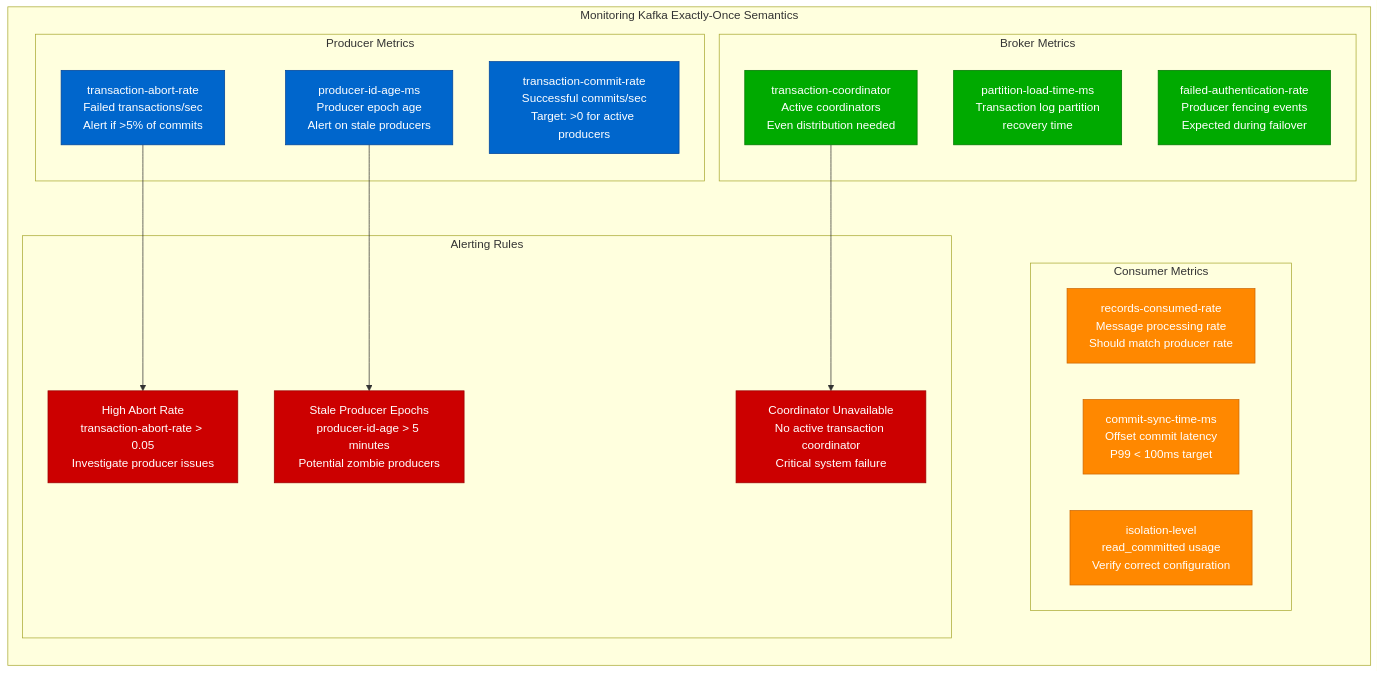
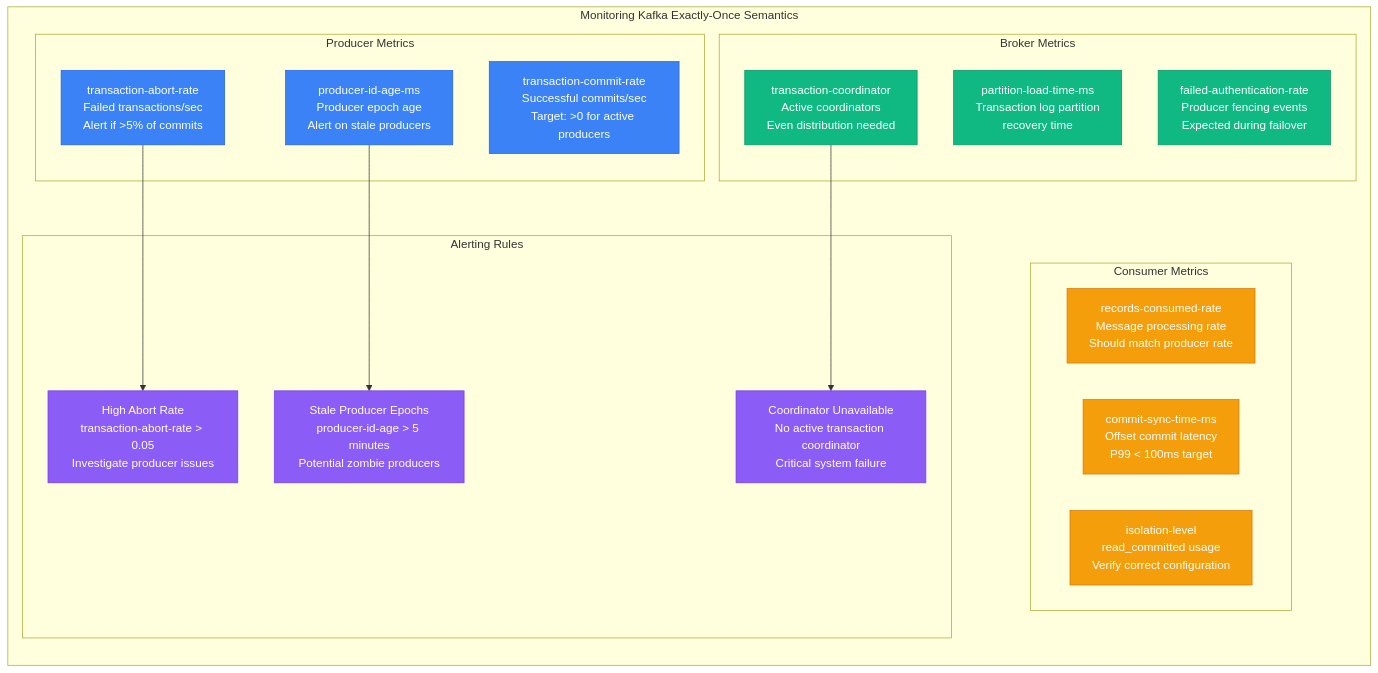
The tenth of 10 diagrams in site/docs/guarantees/exactly-once/exactly-once-kafka.md (deepaucksharma/DS), drawn with Mermaid before and after one commit. The commit also changed other lines of this file and 303 other files, not shown here.

````diff
--- a/site/docs/guarantees/exactly-once/exactly-once-kafka.md
+++ b/site/docs/guarantees/exactly-once/exactly-once-kafka.md
@@ -514,42 +514,42 @@
 ```mermaid
 graph LR
     subgraph MonitoringEOS[Monitoring Kafka Exactly-Once Semantics]
         subgraph ProducerMetrics[Producer Metrics]
             PM1[transaction-commit-rate<br/>Successful commits/sec<br/>Target: >0 for active producers]
             PM2[transaction-abort-rate<br/>Failed transactions/sec<br/>Alert if >5% of commits]
             PM3[producer-id-age-ms<br/>Producer epoch age<br/>Alert on stale producers]
         end
 
         subgraph BrokerMetrics[Broker Metrics]
             BM1[transaction-coordinator<br/>Active coordinators<br/>Even distribution needed]
             BM2[partition-load-time-ms<br/>Transaction log partition<br/>recovery time]
             BM3[failed-authentication-rate<br/>Producer fencing events<br/>Expected during failover]
         end
 
         subgraph ConsumerMetrics[Consumer Metrics]
             CM1[records-consumed-rate<br/>Message processing rate<br/>Should match producer rate]
             CM2[commit-sync-time-ms<br/>Offset commit latency<br/>P99 < 100ms target]
             CM3[isolation-level<br/>read_committed usage<br/>Verify correct configuration]
         end
 
         subgraph AlertingRules[Alerting Rules]
             AR1[High Abort Rate<br/>transaction-abort-rate > 0.05<br/>Investigate producer issues]
             AR2[Coordinator Unavailable<br/>No active transaction coordinator<br/>Critical system failure]
             AR3[Stale Producer Epochs<br/>producer-id-age > 5 minutes<br/>Potential zombie producers]
         end
     end
 
     PM2 --> AR1
     BM1 --> AR2
     PM3 --> AR3
 
-    classDef producerStyle fill:#0066CC,stroke:#004499,color:#fff
-    classDef brokerStyle fill:#00AA00,stroke:#007700,color:#fff
-    classDef consumerStyle fill:#FF8800,stroke:#CC6600,color:#fff
-    classDef alertingStyle fill:#CC0000,stroke:#990000,color:#fff
+    classDef producerStyle fill:#3B82F6,stroke:#2563EB,color:#fff
+    classDef brokerStyle fill:#10B981,stroke:#059669,color:#fff
+    classDef consumerStyle fill:#F59E0B,stroke:#D97706,color:#fff
+    classDef alertingStyle fill:#8B5CF6,stroke:#7C3AED,color:#fff
 
     class PM1,PM2,PM3 producerStyle
     class BM1,BM2,BM3 brokerStyle
     class CM1,CM2,CM3 consumerStyle
     class AR1,AR2,AR3 alertingStyle
 ```
````
